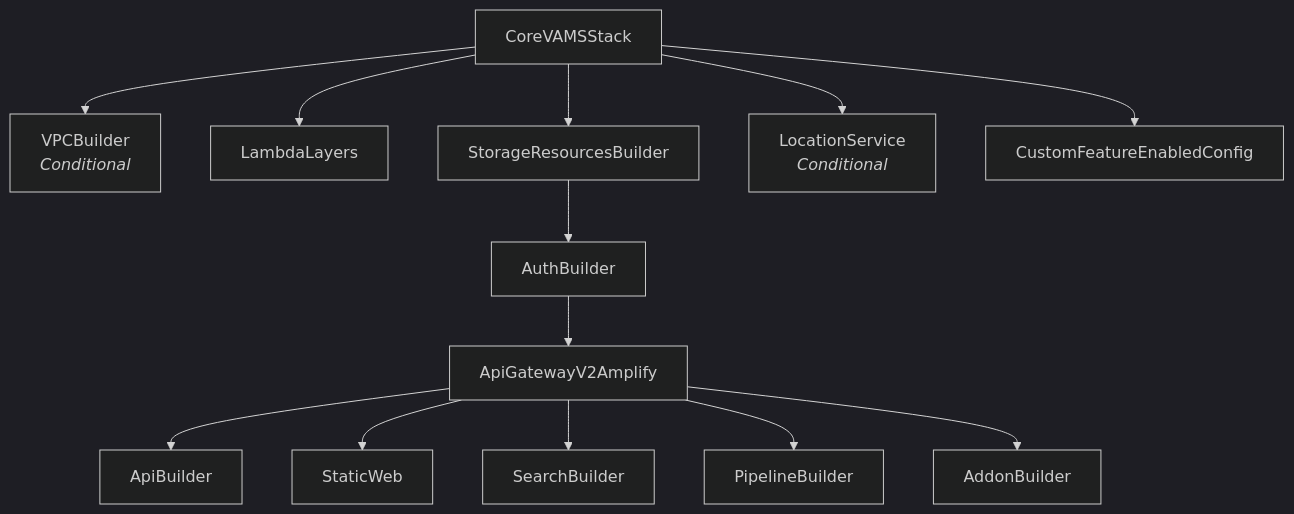
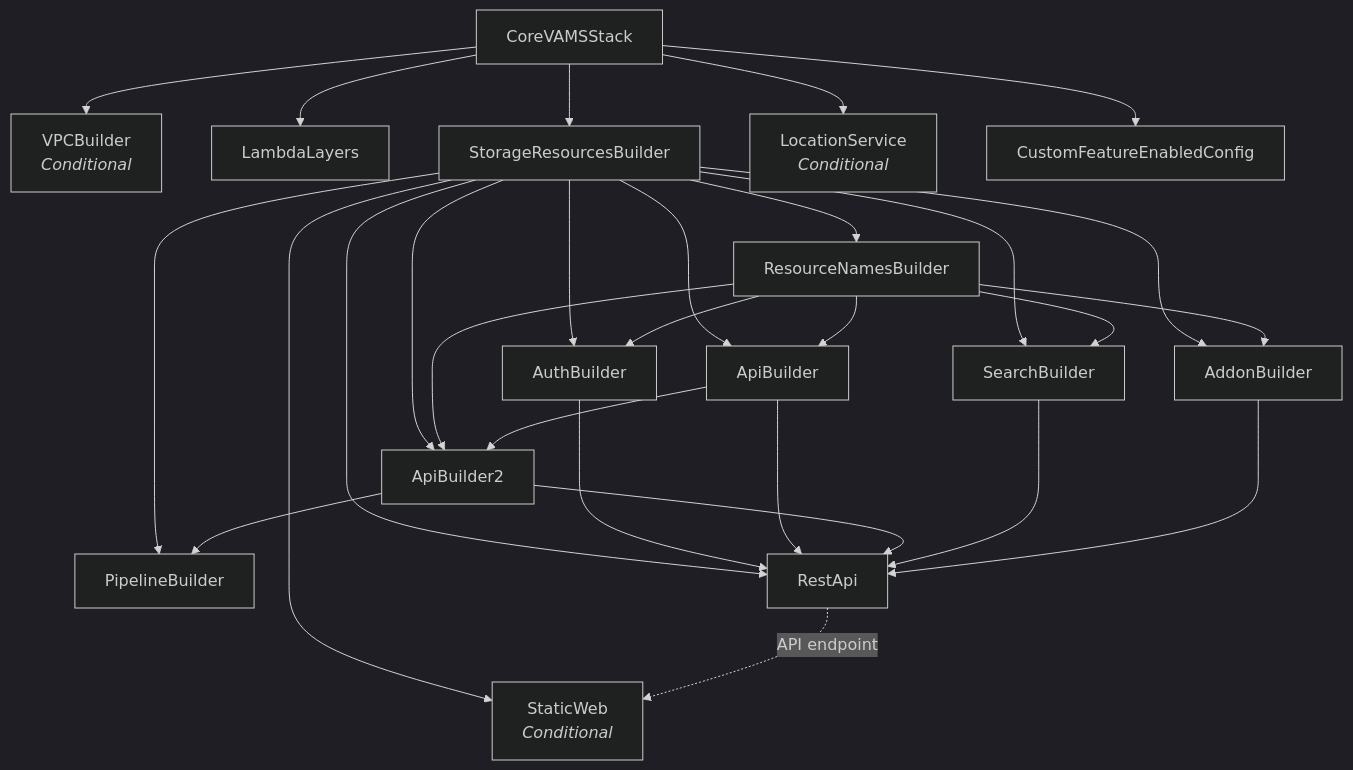
One commit to awslabs/visual-asset-management-system changed the sixth of 6 diagrams in documentation/docusaurus-site/docs/architecture/details.md. Above: the diagram before and after it, drawn with Mermaid (dark theme). The commit also changed other lines of this file and 276 other files, not shown here.

````diff
--- a/documentation/docusaurus-site/docs/architecture/details.md
+++ b/documentation/docusaurus-site/docs/architecture/details.md
@@ -293,21 +297,41 @@
 ```mermaid
 graph TD
     Core["CoreVAMSStack"]
 
     Core --> VPC["VPCBuilder<br/><i>Conditional</i>"]
     Core --> LL["LambdaLayers"]
     Core --> SRB["StorageResourcesBuilder"]
+    Core --> LS["LocationService<br/><i>Conditional</i>"]
+    Core --> FE["CustomFeatureEnabledConfig"]
+
+    SRB --> RNB["ResourceNamesBuilder"]
 
     SRB --> AB["AuthBuilder"]
+    RNB --> AB
 
-    AB --> APIGW["ApiGatewayV2Amplify"]
+    SRB --> APIBuild["ApiBuilder"]
+    RNB --> APIBuild
 
-    APIGW --> APIBuild["ApiBuilder"]
-    APIGW --> SW["StaticWeb"]
-    APIGW --> SearchB["SearchBuilder"]
-    APIGW --> PB["PipelineBuilder"]
-    APIGW --> Addon["AddonBuilder"]
+    SRB --> APIBuild2["ApiBuilder2"]
+    RNB --> APIBuild2
+    APIBuild --> APIBuild2
 
-    Core --> LS["LocationService<br/><i>Conditional</i>"]
-    Core --> FE["CustomFeatureEnabledConfig"]
+    SRB --> SearchB["SearchBuilder"]
+    RNB --> SearchB
+
+    SRB --> PB["PipelineBuilder"]
+    APIBuild2 --> PB
+
+    SRB --> Addon["AddonBuilder"]
+    RNB --> Addon
+
+    SRB --> REST["RestApi"]
+    AB --> REST
+    APIBuild --> REST
+    APIBuild2 --> REST
+    SearchB --> REST
+    Addon --> REST
+
+    SRB --> SW["StaticWeb<br/><i>Conditional</i>"]
+    REST -.->|API endpoint| SW
 ```
````
